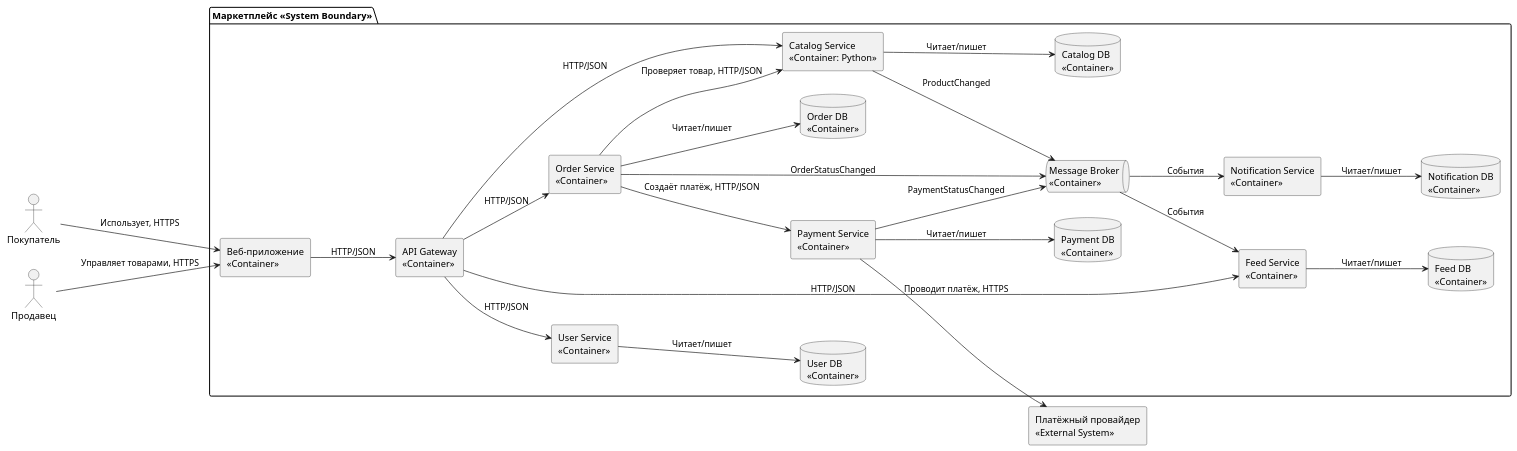
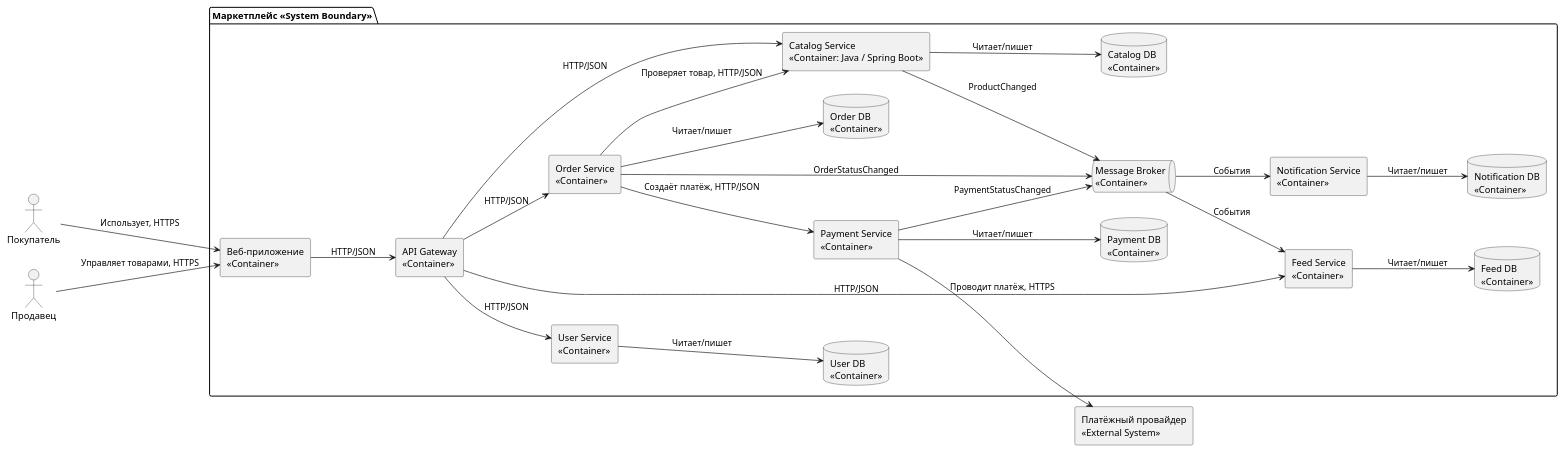
One commit to ItsBelyaev/marketplace-architecture-homework changed the diagram in docs/c4-container.puml. Above: the diagram before and after it, drawn with PlantUML. The commit also changed 41 other files, not shown here.

```diff
--- a/docs/c4-container.puml
+++ b/docs/c4-container.puml
@@ -1,52 +1,52 @@
 @startuml
 left to right direction
 skinparam componentStyle rectangle
 skinparam shadowing false
 
 actor "Покупатель" as buyer
 actor "Продавец" as seller
 rectangle "Платёжный провайдер\n<<External System>>" as provider
 
 package "Маркетплейс <<System Boundary>>" {
   rectangle "Веб-приложение\n<<Container>>" as web
   rectangle "API Gateway\n<<Container>>" as gateway
   rectangle "User Service\n<<Container>>" as users
-  rectangle "Catalog Service\n<<Container: Python>>" as catalog
+  rectangle "Catalog Service\n<<Container: Java / Spring Boot>>" as catalog
   rectangle "Feed Service\n<<Container>>" as feed
   rectangle "Order Service\n<<Container>>" as orders
   rectangle "Payment Service\n<<Container>>" as payments
   rectangle "Notification Service\n<<Container>>" as notifications
   queue "Message Broker\n<<Container>>" as broker
 
   database "User DB\n<<Container>>" as userDb
   database "Catalog DB\n<<Container>>" as catalogDb
   database "Feed DB\n<<Container>>" as feedDb
   database "Order DB\n<<Container>>" as orderDb
   database "Payment DB\n<<Container>>" as paymentDb
   database "Notification DB\n<<Container>>" as notificationDb
 }
 
 buyer --> web : Использует, HTTPS
 seller --> web : Управляет товарами, HTTPS
 web --> gateway : HTTP/JSON
 gateway --> users : HTTP/JSON
 gateway --> catalog : HTTP/JSON
 gateway --> feed : HTTP/JSON
 gateway --> orders : HTTP/JSON
 orders --> catalog : Проверяет товар, HTTP/JSON
 orders --> payments : Создаёт платёж, HTTP/JSON
 payments --> provider : Проводит платёж, HTTPS
 
 users --> userDb : Читает/пишет
 catalog --> catalogDb : Читает/пишет
 feed --> feedDb : Читает/пишет
 orders --> orderDb : Читает/пишет
 payments --> paymentDb : Читает/пишет
 notifications --> notificationDb : Читает/пишет
 
 catalog --> broker : ProductChanged
 orders --> broker : OrderStatusChanged
 payments --> broker : PaymentStatusChanged
 broker --> feed : События
 broker --> notifications : События
 @enduml
```
